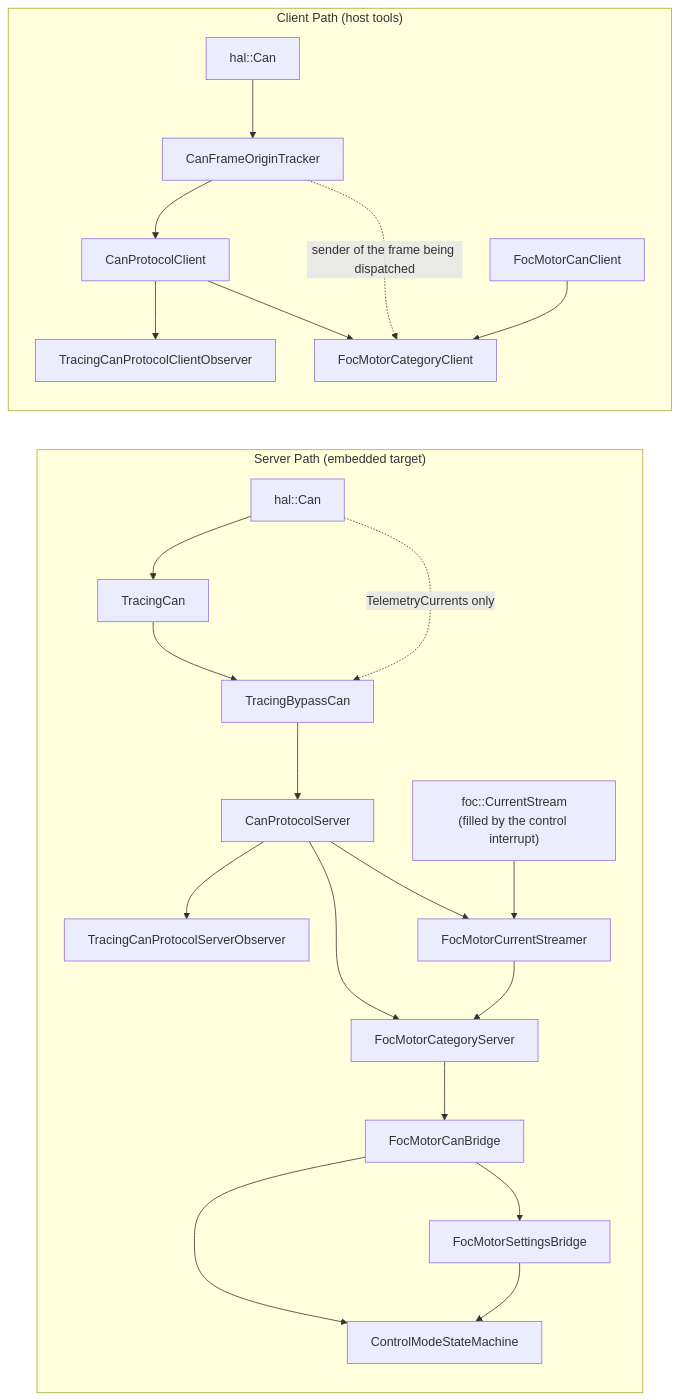
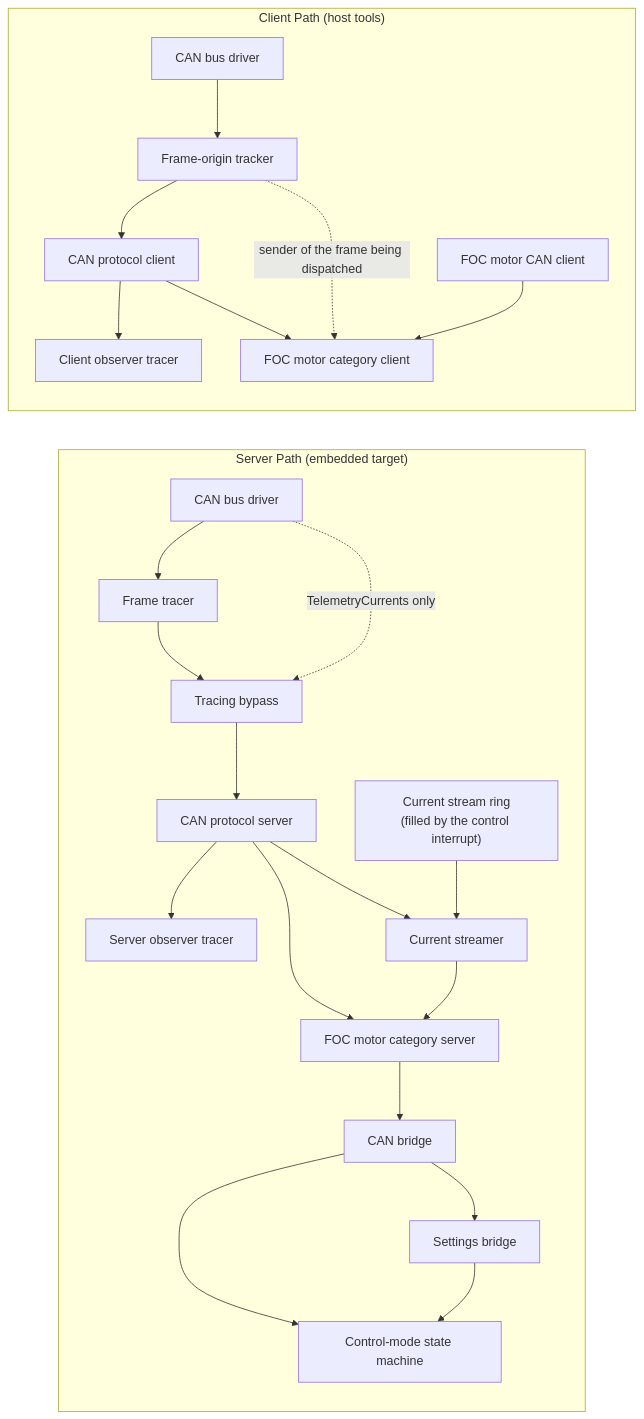
The seventh of 7 diagrams in documentation/design/service-can.md (embedded-pro/e-foc), drawn with Mermaid before and after one commit. The commit also changed other lines of this file and 37 other files, not shown here.

````diff
--- a/documentation/design/service-can.md
+++ b/documentation/design/service-can.md
@@ -427,27 +460,27 @@
 ```mermaid
 graph LR
     subgraph "Server Path (embedded target)"
-        HAL_CAN_S["hal::Can"] --> TC["TracingCan"]
-        TC --> USC["TracingBypassCan"]
+        HAL_CAN_S["CAN bus driver"] --> TC["Frame tracer"]
+        TC --> USC["Tracing bypass"]
         HAL_CAN_S -. "TelemetryCurrents only" .-> USC
-        USC --> CPS["CanProtocolServer"]
-        CPS --> CPSO["TracingCanProtocolServerObserver"]
-        CPS --> MCS["FocMotorCategoryServer"]
-        MCS --> BRG["FocMotorCanBridge"]
-        CPS --> STR["FocMotorCurrentStreamer"]
+        USC --> CPS["CAN protocol server"]
+        CPS --> CPSO["Server observer tracer"]
+        CPS --> MCS["FOC motor category server"]
+        MCS --> BRG["CAN bridge"]
+        CPS --> STR["Current streamer"]
         STR --> MCS
-        RING["foc::CurrentStream<br/>(filled by the control interrupt)"] --> STR
-        BRG --> SM["ControlModeStateMachine"]
-        BRG --> SET["FocMotorSettingsBridge"]
+        RING["Current stream ring<br/>(filled by the control interrupt)"] --> STR
+        BRG --> SM["Control-mode state machine"]
+        BRG --> SET["Settings bridge"]
         SET --> SM
     end
 
     subgraph "Client Path (host tools)"
-        HAL_CAN_C["hal::Can"] --> FOT["CanFrameOriginTracker"]
-        FOT --> CPC["CanProtocolClient"]
-        CPC --> CPCO["TracingCanProtocolClientObserver"]
-        CPC --> MCC["FocMotorCategoryClient"]
+        HAL_CAN_C["CAN bus driver"] --> FOT["Frame-origin tracker"]
+        FOT --> CPC["CAN protocol client"]
+        CPC --> CPCO["Client observer tracer"]
+        CPC --> MCC["FOC motor category client"]
         FOT -. "sender of the frame being dispatched" .-> MCC
-        FMC["FocMotorCanClient"] --> MCC
+        FMC["FOC motor CAN client"] --> MCC
     end
 ```
````
